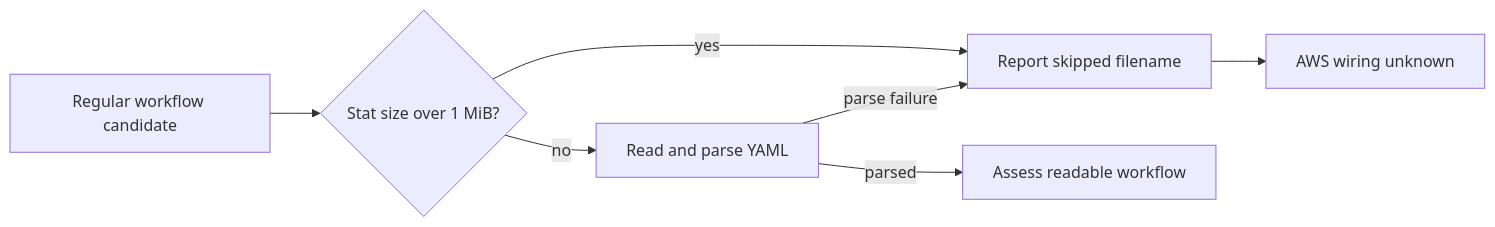
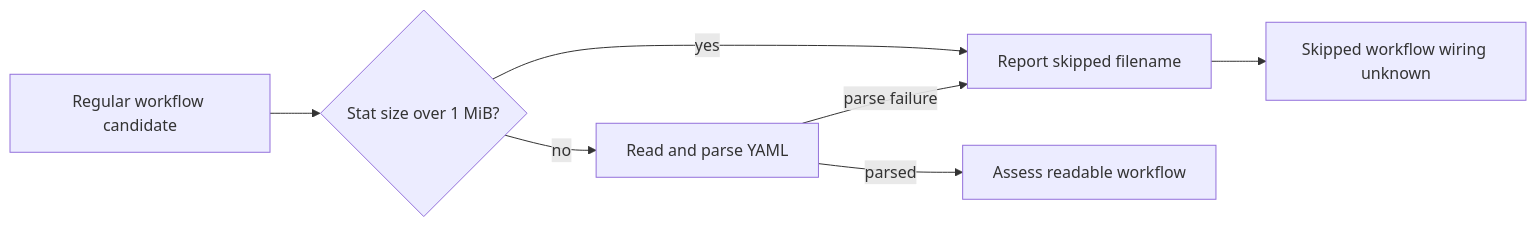
Before and after one commit to stSoftwareAU/VibeCoder: the diagram in docs/archive/pr-summaries/pr-summary-5559.md, drawn with Mermaid. The commit also changed other lines of this file, not shown here.

````diff
--- a/docs/archive/pr-summaries/pr-summary-5559.md
+++ b/docs/archive/pr-summaries/pr-summary-5559.md
@@ -40,9 +40,9 @@
 ```mermaid
 flowchart LR
     A[Regular workflow candidate] --> B{Stat size over 1 MiB?}
     B -- yes --> C[Report skipped filename]
-    C --> D[AWS wiring unknown]
+    C --> D[Skipped workflow wiring unknown]
     B -- no --> E[Read and parse YAML]
     E -- parse failure --> C
     E -- parsed --> F[Assess readable workflow]
 ```
````
